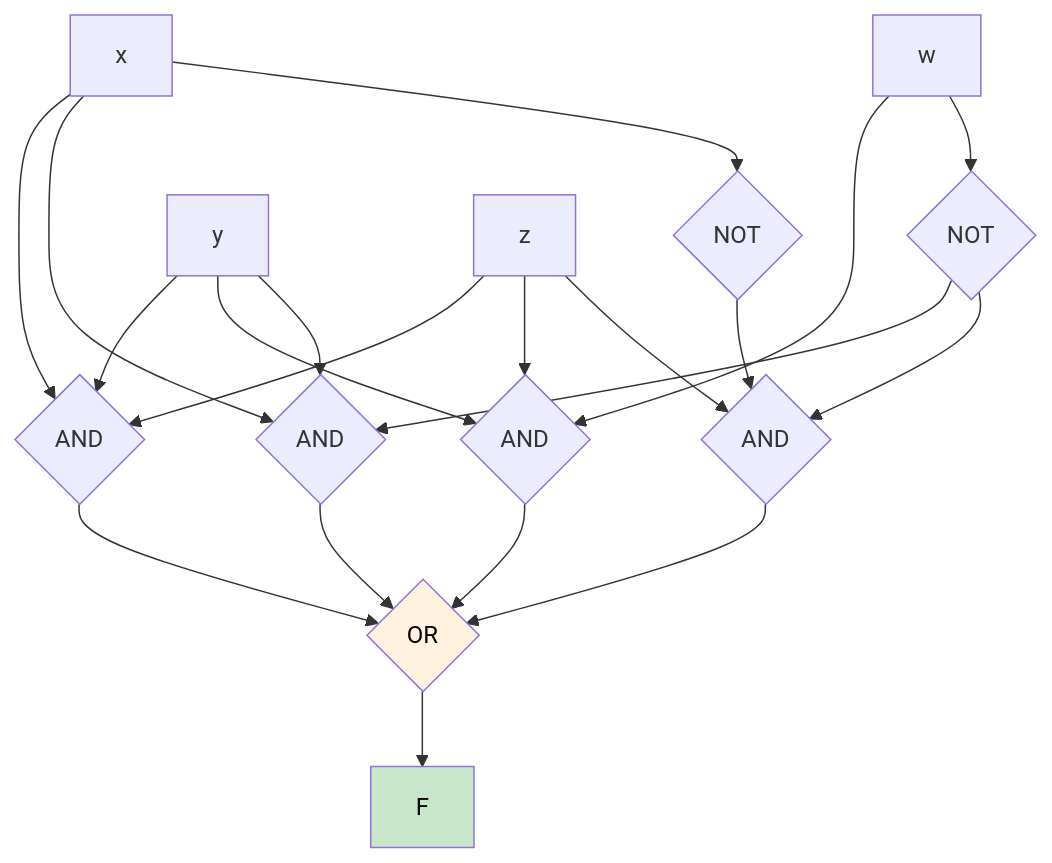
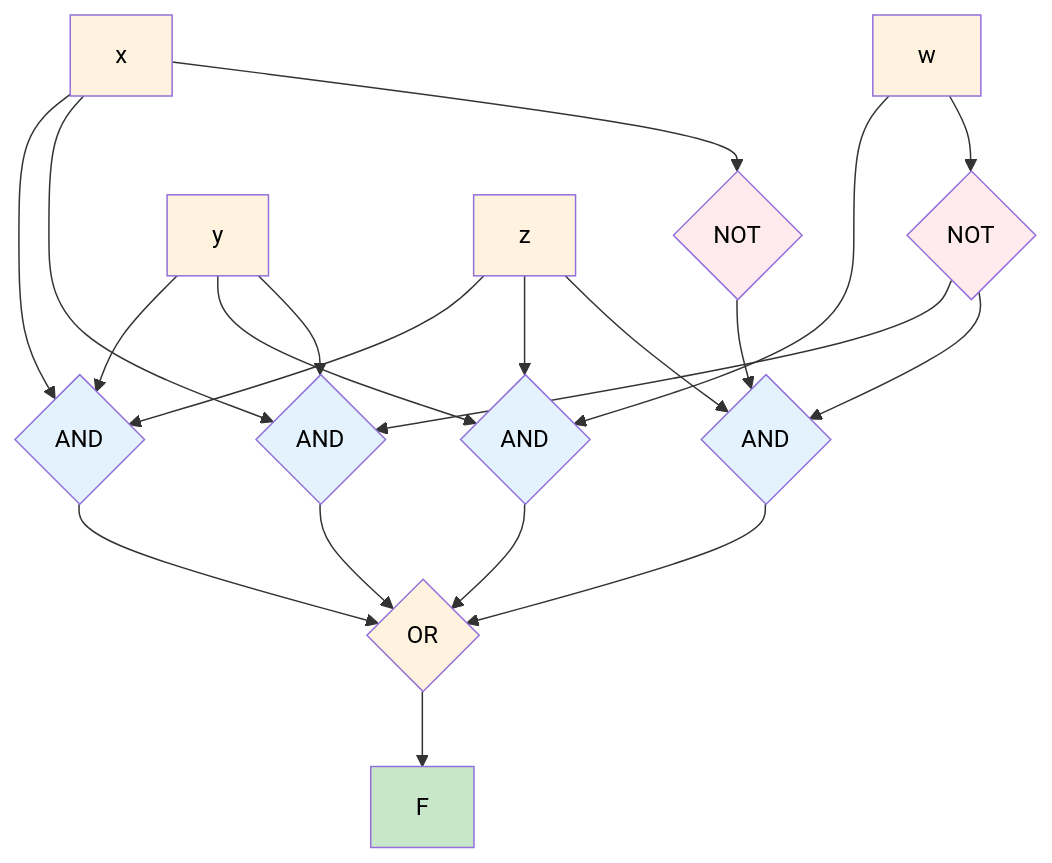
One commit to Yxiang-828/Yxiang-828.github.io changed the tenth of 32 diagrams in ee2026/lect/L2 lecture notes/EE2026_Week_2_Boolean_Logic_Visual_Guide.md. Above: the diagram before and after it, drawn with Mermaid. The commit also changed other lines of this file, not shown here.

````diff
--- a/ee2026/lect/L2 lecture notes/EE2026_Week_2_Boolean_Logic_Visual_Guide.md
+++ b/ee2026/lect/L2 lecture notes/EE2026_Week_2_Boolean_Logic_Visual_Guide.md
@@ -272,33 +276,43 @@
 ```mermaid
 flowchart TD
     w[w] --> inv1{NOT}
     x[x] --> inv2{NOT}
     y[y]
     z[z]
     
     inv1 --> and1{AND}
     inv2 --> and1
     z --> and1
     
     inv1 --> and2{AND}
     x --> and2
     y --> and2
     
     w --> and3{AND}
     y --> and3
     z --> and3
     
     x --> and4{AND}
     y --> and4
     z --> and4
     
     and1 --> or1{OR}
     and2 --> or1
     and3 --> or1
     and4 --> or1
     
     or1 --> F[F]
     
     style F fill:#c8e6c9,color:#000
     style or1 fill:#fff3e0,color:#000
+    style and1 fill:#e3f2fd,color:#000
+    style and2 fill:#e3f2fd,color:#000
+    style and3 fill:#e3f2fd,color:#000
+    style and4 fill:#e3f2fd,color:#000
+    style inv1 fill:#ffebee,color:#000
+    style inv2 fill:#ffebee,color:#000
+    style w fill:#fff3e0,color:#000
+    style x fill:#fff3e0,color:#000
+    style y fill:#fff3e0,color:#000
+    style z fill:#fff3e0,color:#000
 ```
````
